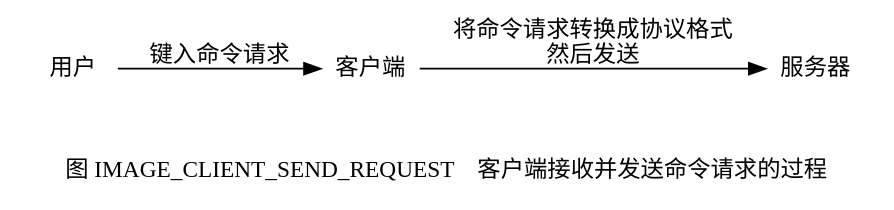
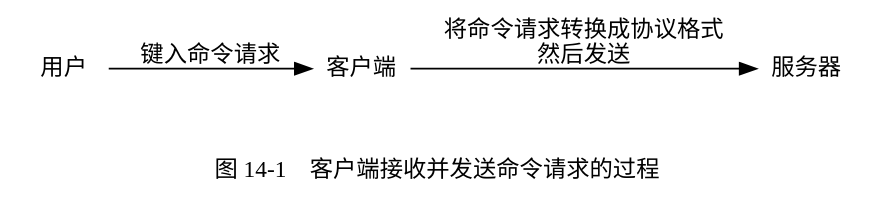
Before and after one commit to huangzworks/redisbook1e: the first of 8 diagrams in preview/server/execute_command.rst, drawn with Graphviz. The commit also changed other lines of this file and 2 other files, not shown here.

```diff
--- a/preview/server/execute_command.rst
+++ b/preview/server/execute_command.rst
@@ -43,23 +43,23 @@
 .. graphviz::
 
     digraph {
 
-        label = "\n\n 图 IMAGE_CLIENT_SEND_REQUEST    客户端接收并发送命令请求的过程";
+        label = "\n\n 图 14-1    客户端接收并发送命令请求的过程";
 
         rankdir = LR;
 
         node [shape = plaintext];
 
         user [label = "用户"];
 
         client [label = "客户端"];
 
         server [label = "服务器"];
 
         //
 
         user -> client [label = "键入命令请求"];
 
         client -> server [label = "将命令请求转换成协议格式\n然后发送"];
 
     }
```
